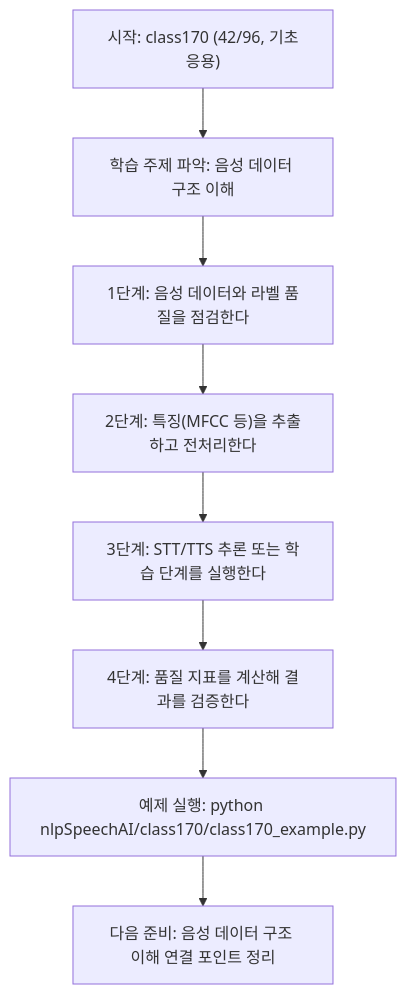
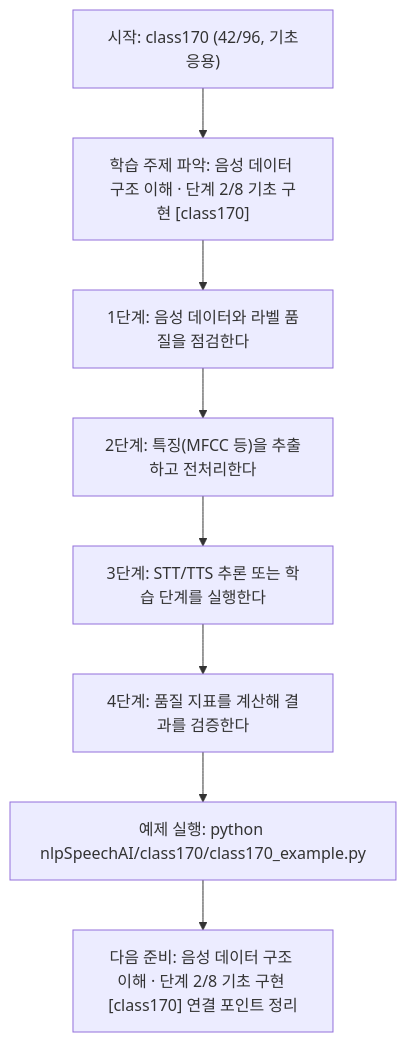
One commit to edumgt/Python-AI_Agent-Class changed the diagram in nlpSpeechAI/class170/class170.md. Above: the diagram before and after it, drawn with Mermaid. The commit also changed other lines of this file and 522 other files, not shown here.

````diff
--- a/nlpSpeechAI/class170/class170.md
+++ b/nlpSpeechAI/class170/class170.md
@@ -114,18 +115,18 @@
 ```mermaid
 flowchart TD
 N1["시작: class170 (42/96, 기초응용)"]
-N2["학습 주제 파악: 음성 데이터 구조 이해"]
+N2["학습 주제 파악: 음성 데이터 구조 이해 · 단계 2/8 기초 구현 [class170]"]
 N3["1단계: 음성 데이터와 라벨 품질을 점검한다"]
 N4["2단계: 특징(MFCC 등)을 추출하고 전처리한다"]
 N5["3단계: STT/TTS 추론 또는 학습 단계를 실행한다"]
 N6["4단계: 품질 지표를 계산해 결과를 검증한다"]
 N7["예제 실행: python nlpSpeechAI/class170/class170_example.py"]
-N8["다음 준비: 음성 데이터 구조 이해 연결 포인트 정리"]
+N8["다음 준비: 음성 데이터 구조 이해 · 단계 2/8 기초 구현 [class170] 연결 포인트 정리"]
 N1 --> N2
 N2 --> N3
 N3 --> N4
 N4 --> N5
 N5 --> N6
 N6 --> N7
 N7 --> N8
 ```
````
